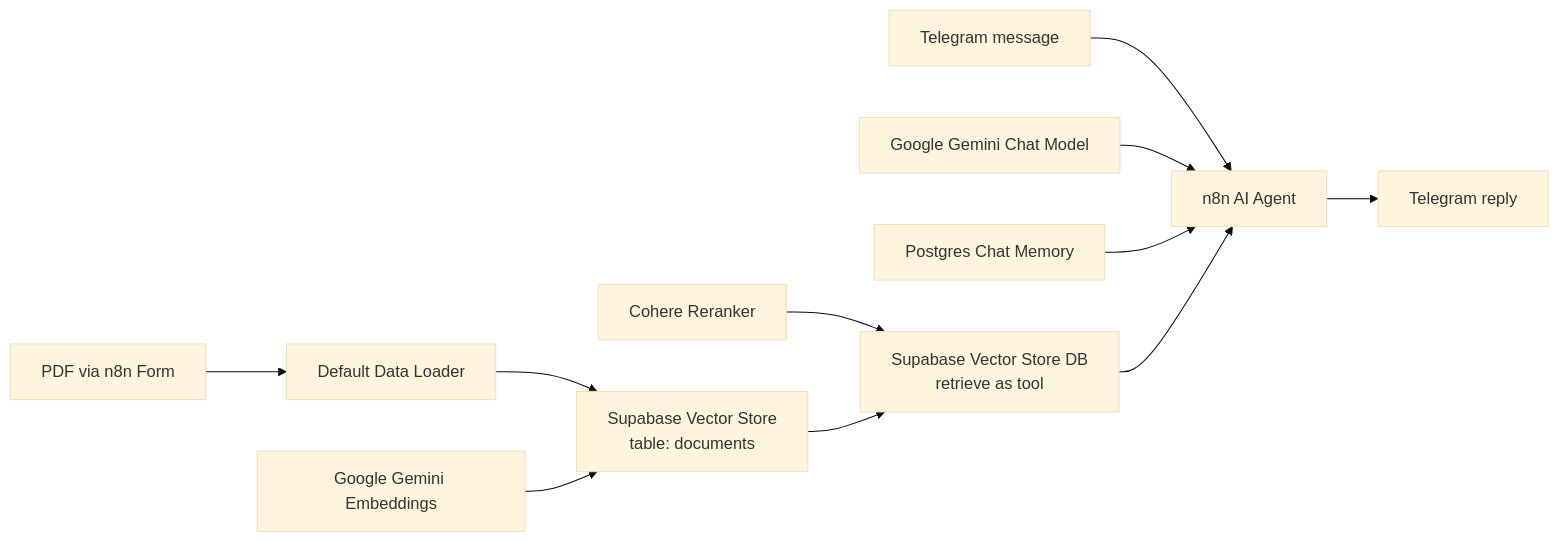
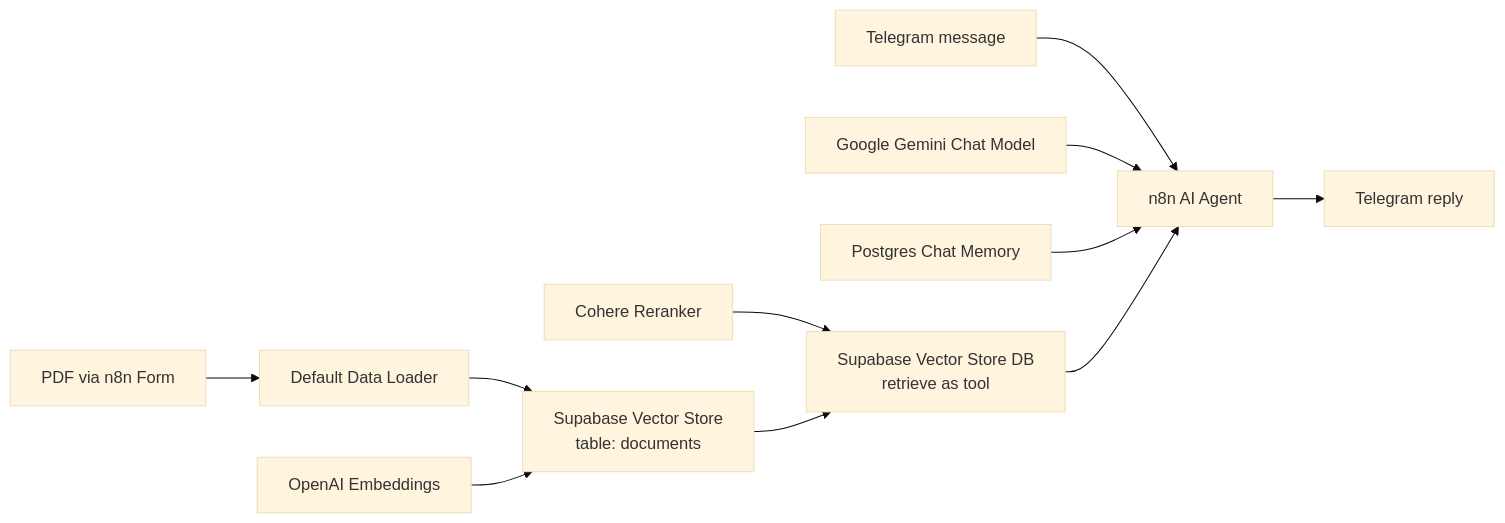
Before and after one commit to achmadnabillaabas/Chat-Bot-AI-Asistant: the diagram in docs/n8n-RAG.md, drawn with Mermaid (base theme). The commit also changed other lines of this file and 1 other file, not shown here.

Commit message:
docs: update n8n embeddings to OpenAI

````diff
--- a/docs/n8n-RAG.md
+++ b/docs/n8n-RAG.md
@@ -54,14 +57,14 @@
 ```mermaid
 flowchart LR
     PDF["PDF via n8n Form"] --> Loader["Default Data Loader"]
     Loader --> VS["Supabase Vector Store<br/>table: documents"]
-    Embed["Google Gemini Embeddings"] --> VS
+    Embed["OpenAI Embeddings"] --> VS
 
     TG["Telegram message"] --> Agent["n8n AI Agent"]
     Model["Google Gemini Chat Model"] --> Agent
     Memory["Postgres Chat Memory"] --> Agent
     Retrieve["Supabase Vector Store DB<br/>retrieve as tool"] --> Agent
     Rerank["Cohere Reranker"] --> Retrieve
     VS --> Retrieve
     Agent --> Reply["Telegram reply"]
 ```
````
